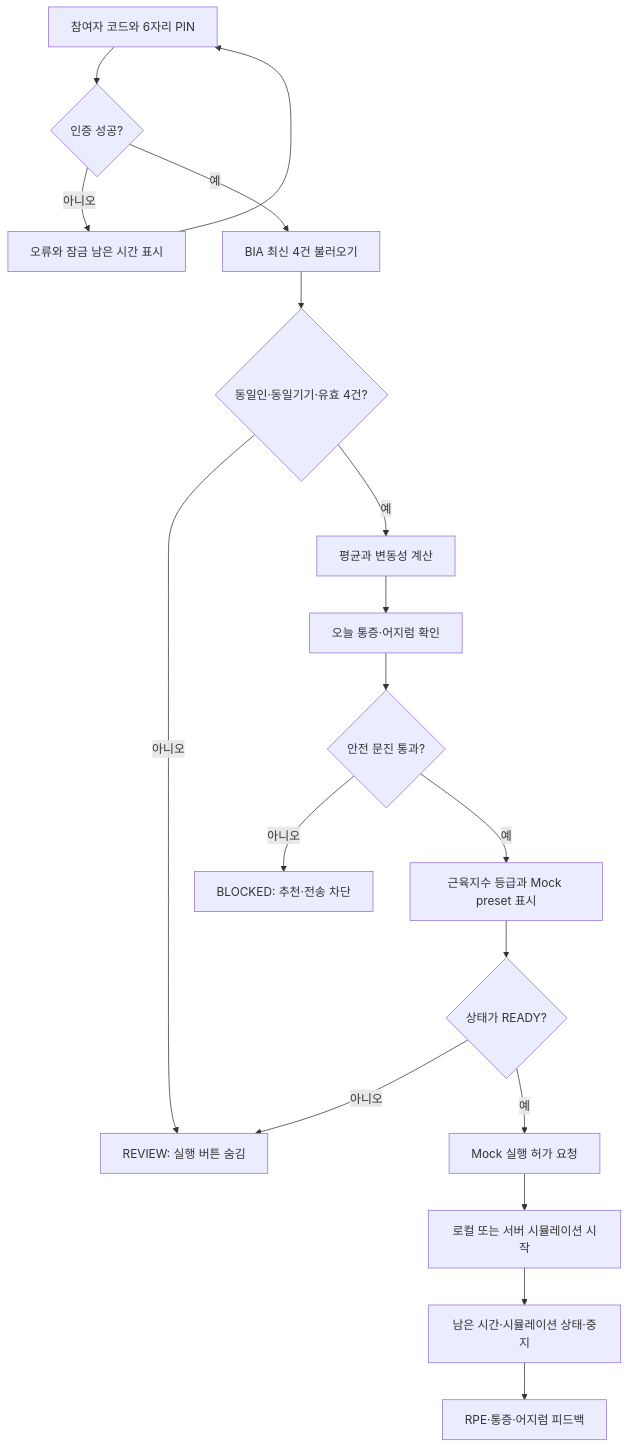
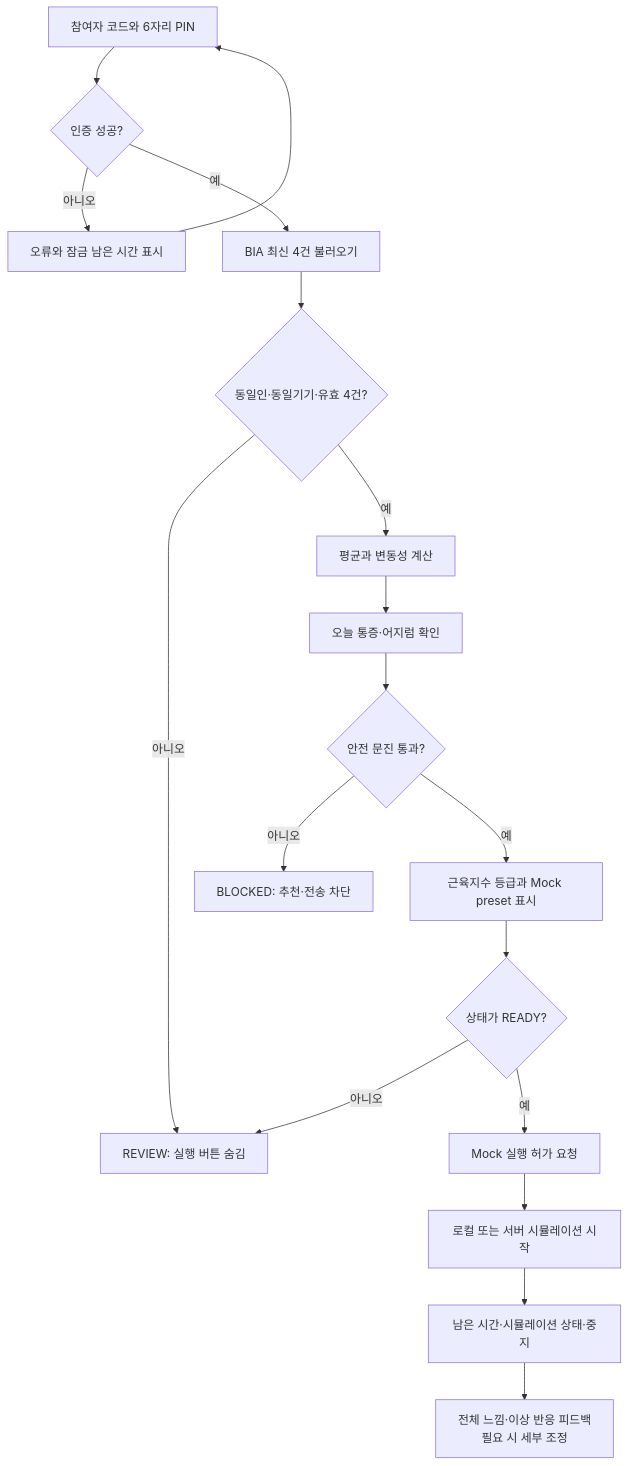
One commit to Dowon-Kang/vibecare-pilot changed the first of 4 diagrams in docs/architecture.md. Above: the diagram before and after it, drawn with Mermaid. The commit also changed other lines of this file and 34 other files, not shown here.

````diff
--- a/docs/architecture.md
+++ b/docs/architecture.md
@@ -11,20 +11,20 @@
 ```mermaid
 flowchart TD
     A[참여자 코드와 6자리 PIN] --> B{인증 성공?}
     B -- 아니오 --> C[오류와 잠금 남은 시간 표시]
     C --> A
     B -- 예 --> D[BIA 최신 4건 불러오기]
     D --> E{동일인·동일기기·유효 4건?}
     E -- 아니오 --> F[REVIEW: 실행 버튼 숨김]
     E -- 예 --> G[평균과 변동성 계산]
     G --> H[오늘 통증·어지럼 확인]
     H --> I{안전 문진 통과?}
     I -- 아니오 --> J[BLOCKED: 추천·전송 차단]
     I -- 예 --> K[근육지수 등급과 Mock preset 표시]
     K --> L{상태가 READY?}
     L -- 아니오 --> F
     L -- 예 --> M[Mock 실행 허가 요청]
     M --> N[로컬 또는 서버 시뮬레이션 시작]
     N --> O[남은 시간·시뮬레이션 상태·중지]
-    O --> P[RPE·통증·어지럼 피드백]
+    O --> P[전체 느낌·이상 반응 피드백<br/>필요 시 세부 조정]
 ```
````
